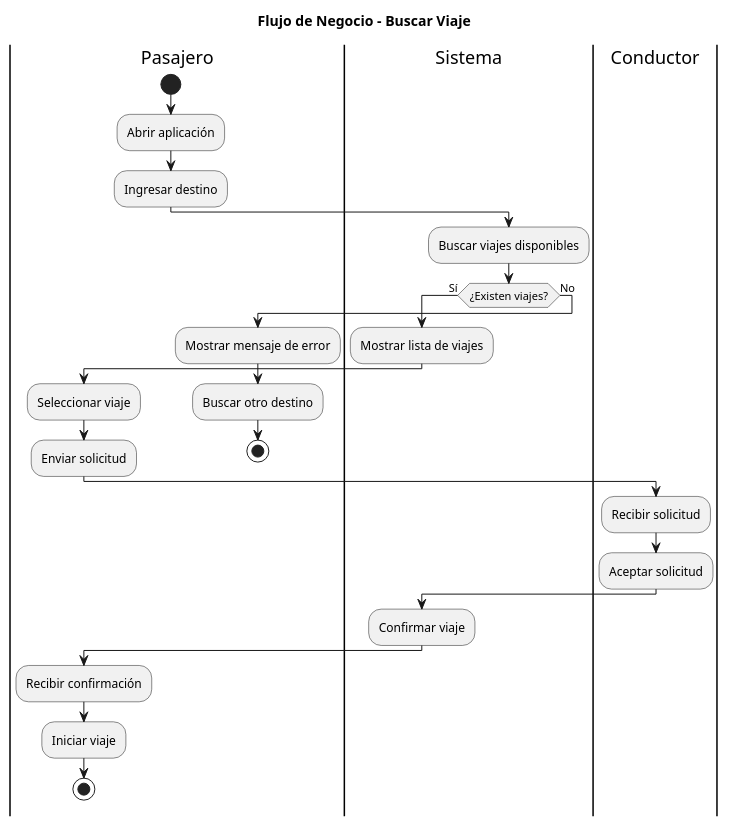
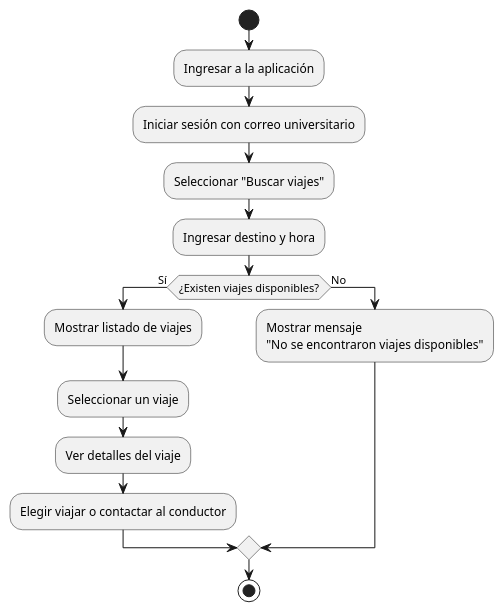
The diagram in Diagrama2.puml (Richard-suv/UML-PROYECTO), drawn with PlantUML before and after one commit. The commit also changed 11 other files, not shown here.

```diff
--- a/Diagrama2.puml
+++ b/Diagrama2.puml
@@ -1,53 +1,16 @@
 @startuml
-
-title Flujo de Negocio - Buscar Viaje
-
-|Pasajero|
-
 start
-
-:Abrir aplicación;
-:Ingresar destino;
-
-|Sistema|
-
-:Buscar viajes disponibles;
-
-if (¿Existen viajes?) then (Sí)
-
-:Mostrar lista de viajes;
-
-|Pasajero|
-
-:Seleccionar viaje;
-:Enviar solicitud;
-
-|Conductor|
-
-:Recibir solicitud;
-:Aceptar solicitud;
-
-|Sistema|
-
-:Confirmar viaje;
-
-|Pasajero|
-
-:Recibir confirmación;
-:Iniciar viaje;
-
+:Ingresar a la aplicación;
+:Iniciar sesión con correo universitario;
+:Seleccionar "Buscar viajes";
+:Ingresar destino y hora;
+if (¿Existen viajes disponibles?) then (Sí)
+  :Mostrar listado de viajes;
+  :Seleccionar un viaje;
+  :Ver detalles del viaje;
+  :Elegir viajar o contactar al conductor;
+else (No)
+  :Mostrar mensaje\n"No se encontraron viajes disponibles";
+endif
 stop
-
-else (No)
-
-:Mostrar mensaje de error;
-
-|Pasajero|
-
-:Buscar otro destino;
-
-stop
-
-endif
-
 @enduml
```
